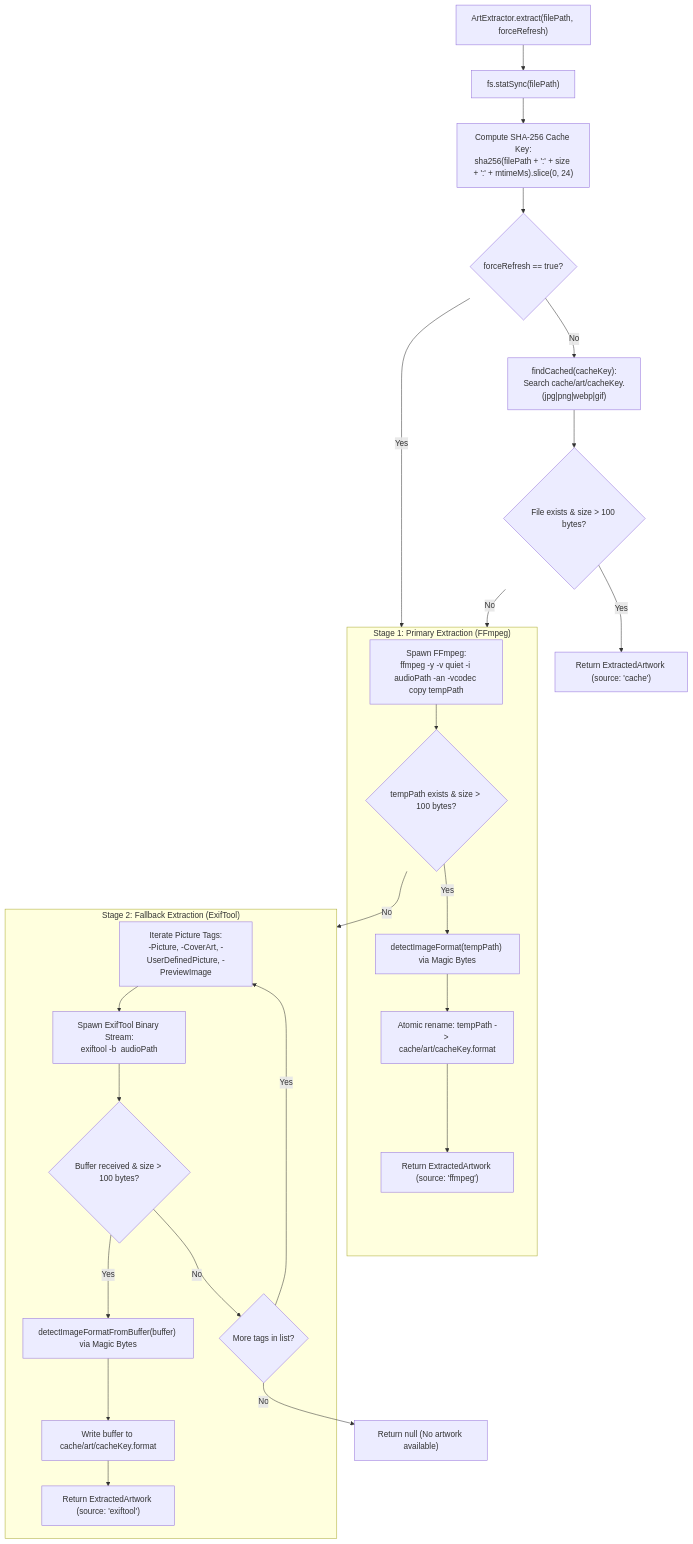
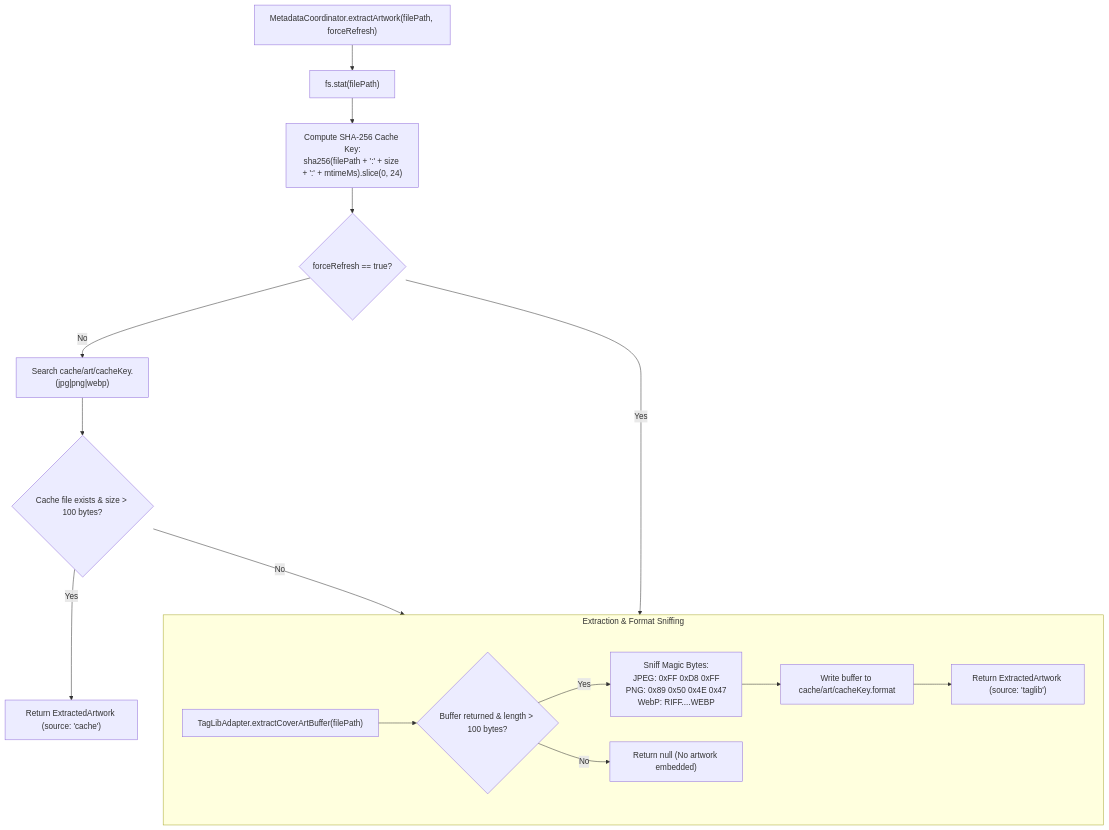
The sixth of 8 diagrams in README.md (Manishtripathi-108/my-music), drawn with Mermaid before and after one commit. The commit also changed other lines of this file and 3 other files, not shown here.

First line of the commit message:
Refactor media schemas export structure

````diff
--- a/README.md
+++ b/README.md
@@ -276,36 +411,22 @@
 ```mermaid
 flowchart TD
-    Call["ArtExtractor.extract(filePath, forceRefresh)"] --> Stat["fs.statSync(filePath)"]
+    Call["MetadataCoordinator.extractArtwork(filePath, forceRefresh)"] --> Stat["fs.stat(filePath)"]
     Stat --> Hash["Compute SHA-256 Cache Key:\nsha256(filePath + ':' + size + ':' + mtimeMs).slice(0, 24)"]
-    
+
     Hash --> ForceCheck{"forceRefresh == true?"}
-    ForceCheck -->|No| CheckCache["findCached(cacheKey):\nSearch cache/art/cacheKey.(jpg|png|webp|gif)"]
-    ForceCheck -->|Yes| Stage1
-    
-    CheckCache --> CacheFound{"File exists & size > 100 bytes?"}
+    ForceCheck -->|No| CheckCache["Search cache/art/cacheKey.(jpg|png|webp)"]
+    ForceCheck -->|Yes| StageExtract
+
+    CheckCache --> CacheFound{"Cache file exists & size > 100 bytes?"}
     CacheFound -->|Yes| ReturnCache["Return ExtractedArtwork (source: 'cache')"]
-    CacheFound -->|No| Stage1
+    CacheFound -->|No| StageExtract
 
-    subgraph Stage1["Stage 1: Primary Extraction (FFmpeg)"]
-        FFmpegRun["Spawn FFmpeg:\nffmpeg -y -v quiet -i audioPath -an -vcodec copy tempPath"]
-        FFmpegRun --> TempCheck{"tempPath exists & size > 100 bytes?"}
-        TempCheck -->|Yes| Sniff1["detectImageFormat(tempPath) via Magic Bytes"]
-        Sniff1 --> Rename["Atomic rename: tempPath -> cache/art/cacheKey.format"]
-        Rename --> ReturnFFmpeg["Return ExtractedArtwork (source: 'ffmpeg')"]
+    subgraph StageExtract["Extraction & Format Sniffing"]
+        ExtractTagLib["TagLibAdapter.extractCoverArtBuffer(filePath)"]
+        ExtractTagLib --> BufCheck{"Buffer returned & length > 100 bytes?"}
+        BufCheck -->|Yes| SniffBytes["Sniff Magic Bytes:\nJPEG: 0xFF 0xD8 0xFF\nPNG: 0x89 0x50 0x4E 0x47\nWebP: RIFF....WEBP"]
+        SniffBytes --> WriteDisk["Write buffer to cache/art/cacheKey.format"]
+        WriteDisk --> ReturnExtract["Return ExtractedArtwork (source: 'taglib')"]
+        BufCheck -->|No| ReturnNull["Return null (No artwork embedded)"]
     end
-
-    TempCheck -->|No| Stage2
-
-    subgraph Stage2["Stage 2: Fallback Extraction (ExifTool)"]
-        ExifTags["Iterate Picture Tags:\n-Picture, -CoverArt, -UserDefinedPicture, -PreviewImage"]
-        ExifTags --> SpawnExif["Spawn ExifTool Binary Stream:\nexiftool -b <tag> audioPath"]
-        SpawnExif --> BufCheck{"Buffer received & size > 100 bytes?"}
-        BufCheck -->|Yes| Sniff2["detectImageFormatFromBuffer(buffer) via Magic Bytes"]
-        Sniff2 --> WriteDisk["Write buffer to cache/art/cacheKey.format"]
-        WriteDisk --> ReturnExif["Return ExtractedArtwork (source: 'exiftool')"]
-        BufCheck -->|No| NextTag{"More tags in list?"}
-        NextTag -->|Yes| ExifTags
-    end
-
-    NextTag -->|No| ReturnNull["Return null (No artwork available)"]
 ```
````
